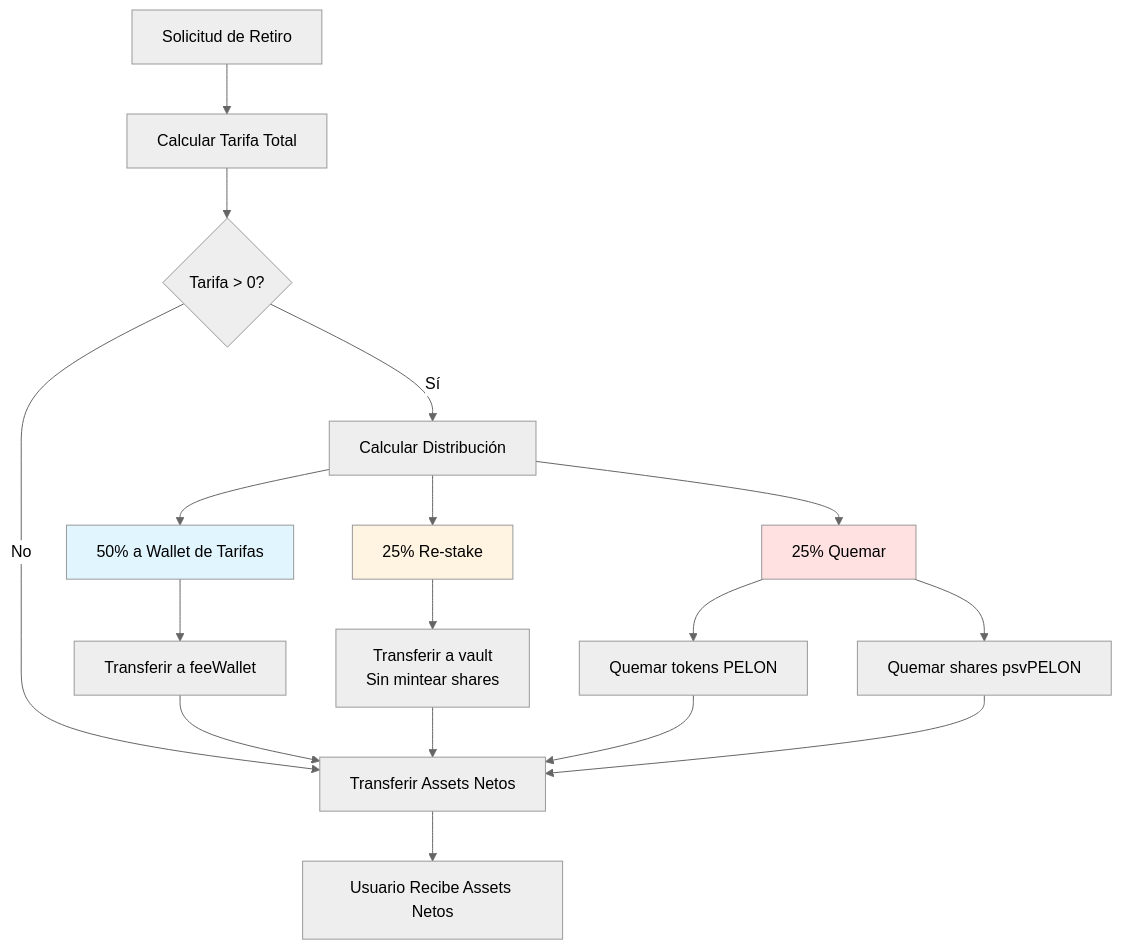
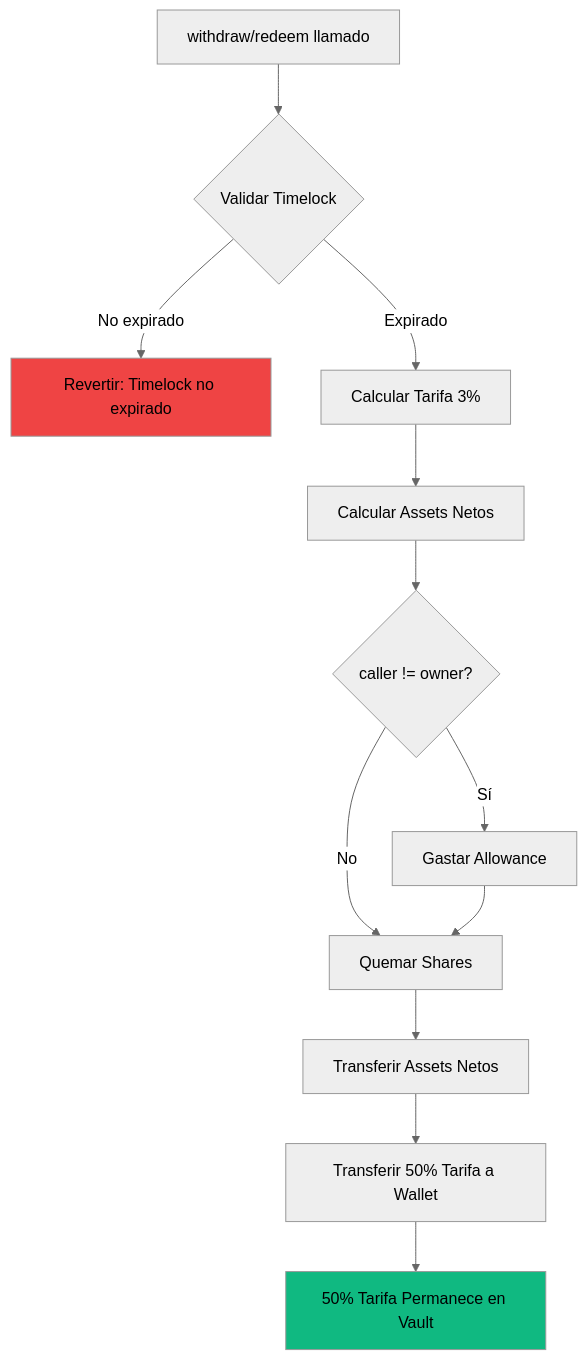
One commit to PelonClub/PelonClub-BaseNetwork-Monorepo changed the third of 3 diagrams in docs/es/analisis-seguridad-pelon-staking-vault.md. Above: the diagram before and after it, drawn with Mermaid (neutral theme). The commit also changed other lines of this file and 9 other files, not shown here.

````diff
--- a/docs/es/analisis-seguridad-pelon-staking-vault.md
+++ b/docs/es/analisis-seguridad-pelon-staking-vault.md
@@ -700,23 +396,17 @@
 ```mermaid
 flowchart TD
-    A[Solicitud de Retiro] --> B[Calcular Tarifa Total]
-    B --> C{Tarifa > 0?}
-    C -->|No| D[Transferir Assets Netos]
-    C -->|Sí| E[Calcular Distribución]
-    E --> F[50% a Wallet de Tarifas]
-    E --> G[25% Re-stake]
-    E --> H[25% Quemar]
-    F --> I[Transferir a feeWallet]
-    G --> J[Transferir a vault<br/>Sin mintear shares]
-    H --> K[Quemar tokens PELON]
-    H --> L[Quemar shares psvPELON]
-    I --> D
-    J --> D
-    K --> D
-    L --> D
-    D --> M[Usuario Recibe Assets Netos]
+    A[withdraw/redeem llamado] --> B{Validar Timelock}
+    B -->|No expirado| C[Revertir: Timelock no expirado]
+    B -->|Expirado| D[Calcular Tarifa 3%]
+    D --> E[Calcular Assets Netos]
+    E --> F{caller != owner?}
+    F -->|Sí| G[Gastar Allowance]
+    F -->|No| H[Quemar Shares]
+    G --> H
+    H --> I[Transferir Assets Netos]
+    I --> J[Transferir 50% Tarifa a Wallet]
+    J --> K[50% Tarifa Permanece en Vault]
     
-    style F fill:#e1f5ff
-    style G fill:#fff4e1
-    style H fill:#ffe1e1
+    style C fill:#ef4444
+    style K fill:#10b981
 ```
````
